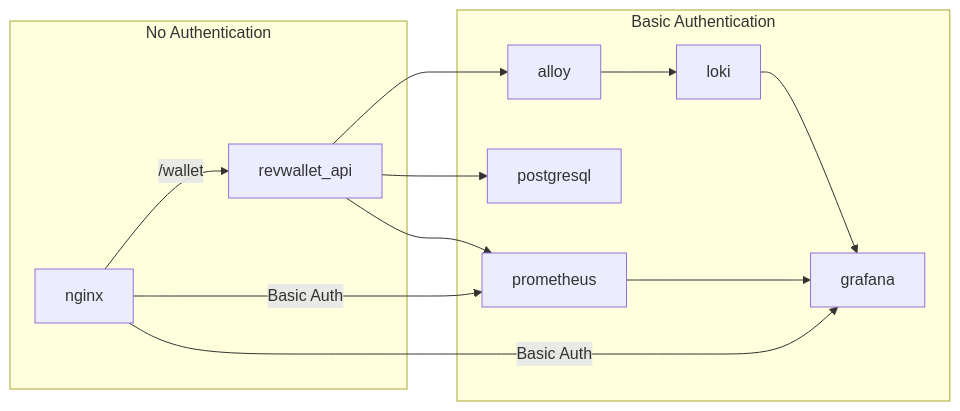
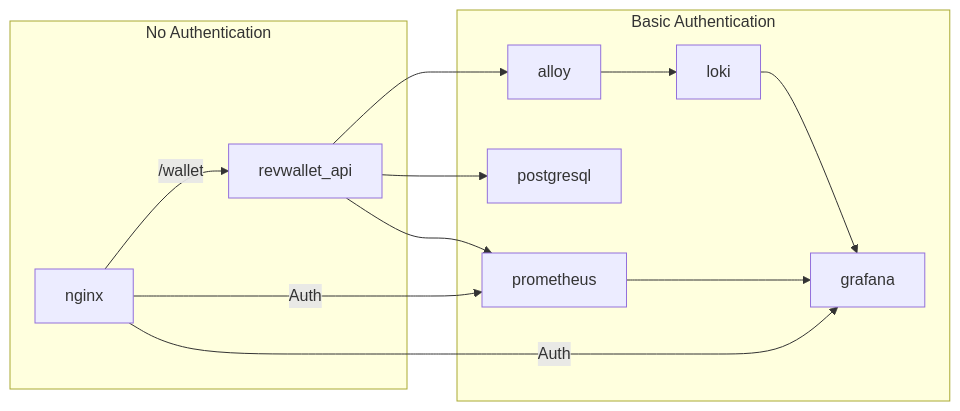
One commit to arthurjguerra/revwallet changed the diagram in README.md. Above: the diagram before and after it, drawn with Mermaid.

Commit message:
feat: add arch diagram

````diff
--- a/README.md
+++ b/README.md
@@ -6,16 +6,16 @@
 ```mermaid
 flowchart LR
-  nginx -- Basic Auth --> grafana
-  nginx -- Basic Auth --> prometheus
+  nginx -- Auth --> grafana
+  nginx -- Auth --> prometheus
   subgraph No Authentication
     nginx -- /wallet --> revwallet_api
   end
   subgraph Basic Authentication
     revwallet_api --> postgresql
     revwallet_api --> prometheus
     revwallet_api --> alloy
     prometheus --> grafana
     alloy --> loki
     loki --> grafana
   end
 ```
````
